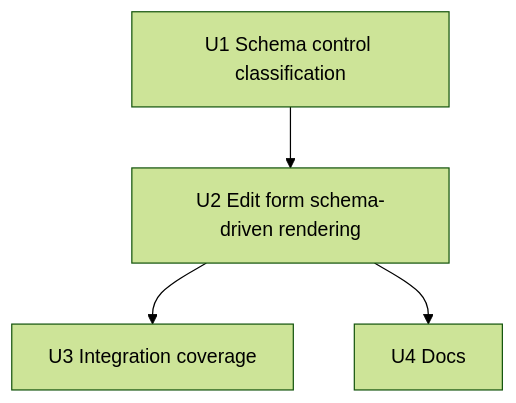
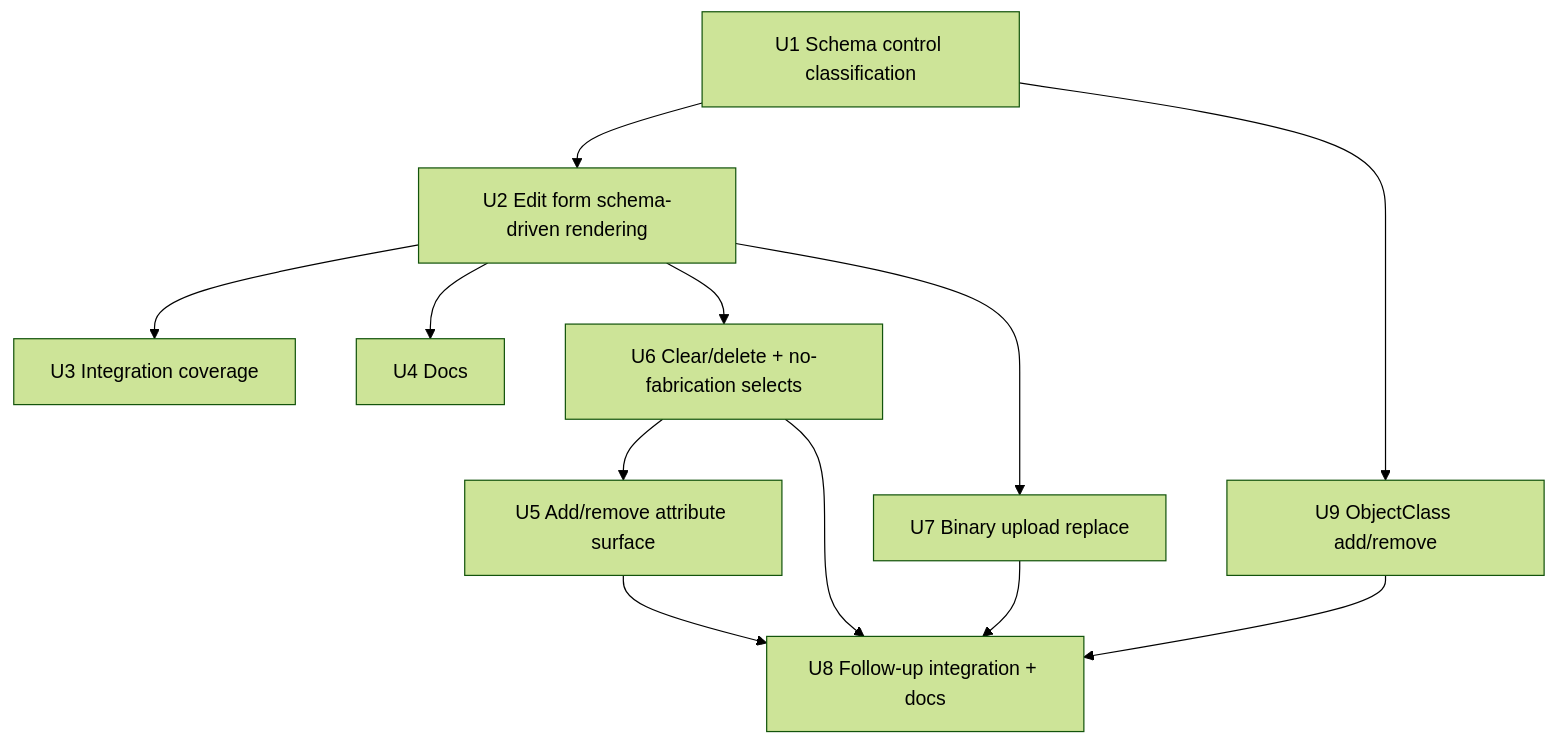
One commit to liut/ldapact changed the diagram in docs/plans/2026-08-27-001-feat-schema-driven-edit-controls-plan.md. Above: the diagram before and after it, drawn with Mermaid (forest theme). The commit also changed other lines of this file and 2 other files, not shown here.

Commit message:
fix(entry): forbid clearing MUST attrs; no-fabrication select options; plan scope

````diff
--- a/docs/plans/2026-08-27-001-feat-schema-driven-edit-controls-plan.md
+++ b/docs/plans/2026-08-27-001-feat-schema-driven-edit-controls-plan.md
@@ -226,6 +265,14 @@
 ```mermaid
 flowchart TB
     U1[U1 Schema control classification] --> U2[U2 Edit form schema-driven rendering]
     U2 --> U3[U3 Integration coverage]
     U2 --> U4[U4 Docs]
+    U2 --> U6[U6 Clear/delete + no-fabrication selects]
+    U6 --> U5[U5 Add/remove attribute surface]
+    U2 --> U7[U7 Binary upload replace]
+    U1 --> U9[U9 ObjectClass add/remove]
+    U5 --> U8[U8 Follow-up integration + docs]
+    U6 --> U8
+    U7 --> U8
+    U9 --> U8
 ```
````
